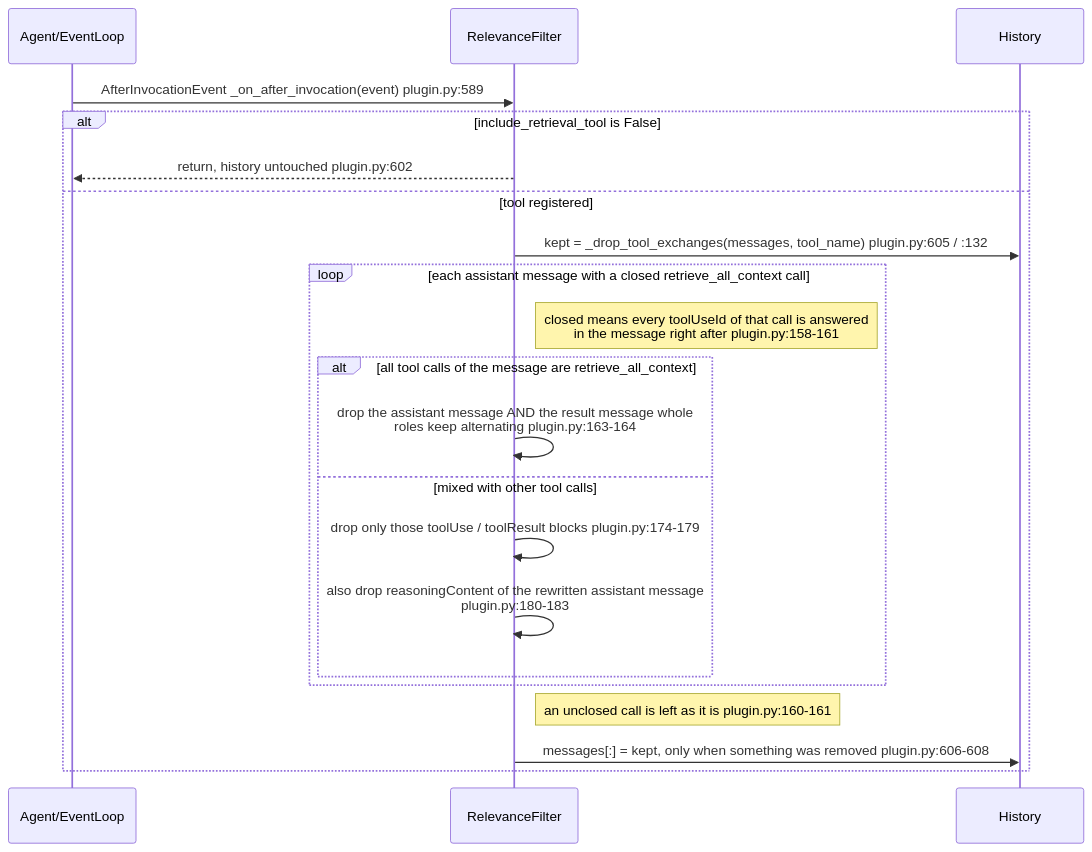
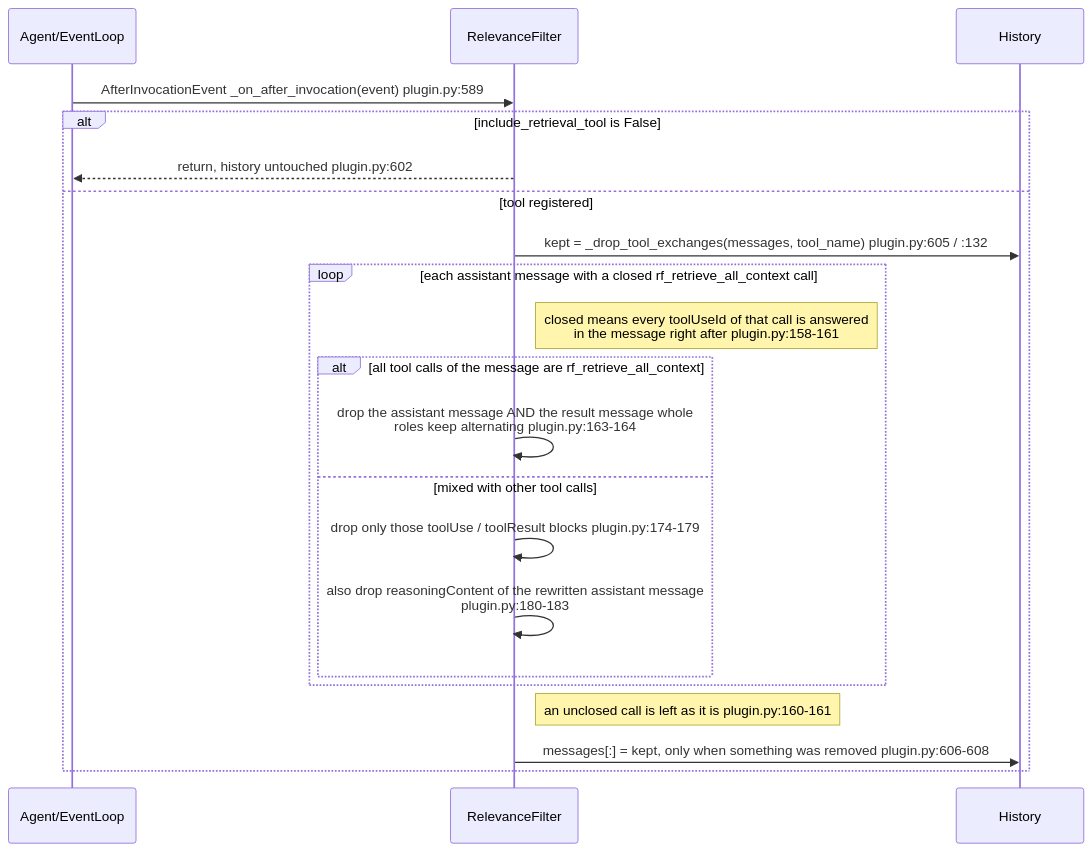
One commit to aws-samples/sample-context-engineering changed the fourth of 4 diagrams in docs/design/sequence/sequence-a-relevance-filtering.md. Above: the diagram before and after it, drawn with Mermaid. The commit also changed other lines of this file and 124 other files, not shown here.

````diff
--- a/docs/design/sequence/sequence-a-relevance-filtering.md
+++ b/docs/design/sequence/sequence-a-relevance-filtering.md
@@ -282,24 +282,24 @@
 ```mermaid
 sequenceDiagram
     participant Agent as Agent/EventLoop
     participant RF as RelevanceFilter
     participant Hist as History
 
     Agent->>RF: AfterInvocationEvent  _on_after_invocation(event)  plugin.py:589
     alt include_retrieval_tool is False
         RF-->>Agent: return, history untouched  plugin.py:602
     else tool registered
         RF->>Hist: kept = _drop_tool_exchanges(messages, tool_name)  plugin.py:605 / :132
-        loop each assistant message with a closed retrieve_all_context call
+        loop each assistant message with a closed rf_retrieve_all_context call
             Note right of RF: closed means every toolUseId of that call is answered<br/>in the message right after  plugin.py:158-161
-            alt all tool calls of the message are retrieve_all_context
+            alt all tool calls of the message are rf_retrieve_all_context
                 RF->>RF: drop the assistant message AND the result message whole<br/>roles keep alternating  plugin.py:163-164
             else mixed with other tool calls
                 RF->>RF: drop only those toolUse / toolResult blocks  plugin.py:174-179
                 RF->>RF: also drop reasoningContent of the rewritten assistant message<br/>plugin.py:180-183
             end
         end
         Note right of RF: an unclosed call is left as it is  plugin.py:160-161
         RF->>Hist: messages[:] = kept, only when something was removed  plugin.py:606-608
     end
 ```
````
